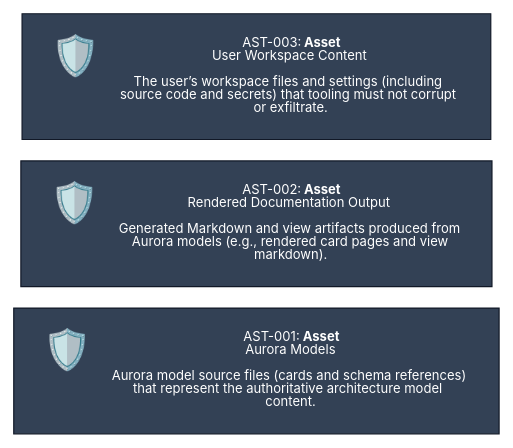
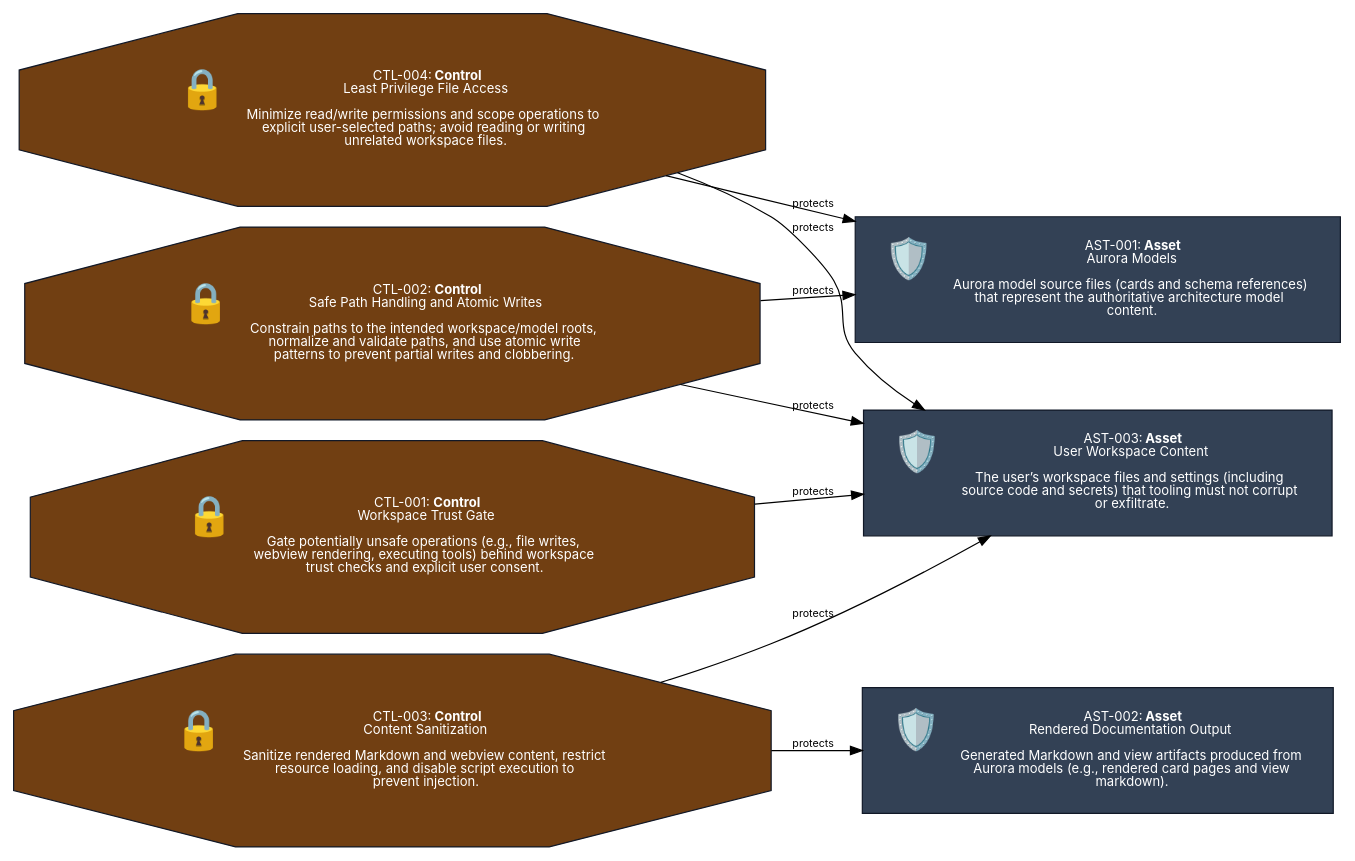
The diagram in docs/design/MIS-001-Provide_Default_Tooling_for_AURORA/Views/source/Lifecycle_State.view.dot (JEleniel/aurora), drawn with Graphviz before and after one commit. The commit also changed 279 other files, not shown here.

```diff
--- a/docs/design/MIS-001-Provide_Default_Tooling_for_AURORA/Views/source/Lifecycle_State.view.dot
+++ b/docs/design/MIS-001-Provide_Default_Tooling_for_AURORA/Views/source/Lifecycle_State.view.dot
@@ -1,8 +1,19 @@
 digraph "Lifecycle/State View for Assets" {
 	graph [bgcolor="#FFFFFF", fontname="Inter", rankdir="LR", splines="spline"];
 	node [color="#111827", fillcolor="#E5E7EB", fontcolor="#111827", fontname="Inter", fontsize="11", shape="box", style="filled"];
 	edge [color="#000000", fontcolor="#000000", fontname="Inter", fontsize="9"];
 	"AST-001" [fillcolor="#334155", fontcolor="#FFFFFF", label=<<TABLE BORDER="0" CELLBORDER="0" CELLSPACING="16" CELLPADDING="0"><TR><TD ALIGN="LEFT" VALIGN="TOP"><FONT POINT-SIZE="33">🛡️</FONT></TD><TD ALIGN="LEFT" VALIGN="TOP"><FONT>AST-001: <B>Asset</B><BR/>Aurora Models<BR/>&#160;<BR/>Aurora model source files (cards and schema references)<BR/>that represent the authoritative architecture model<BR/>content.</FONT></TD></TR></TABLE>>, shape="box"];
 	"AST-002" [fillcolor="#334155", fontcolor="#FFFFFF", label=<<TABLE BORDER="0" CELLBORDER="0" CELLSPACING="16" CELLPADDING="0"><TR><TD ALIGN="LEFT" VALIGN="TOP"><FONT POINT-SIZE="33">🛡️</FONT></TD><TD ALIGN="LEFT" VALIGN="TOP"><FONT>AST-002: <B>Asset</B><BR/>Rendered Documentation Output<BR/>&#160;<BR/>Generated Markdown and view artifacts produced from<BR/>Aurora models (e.g., rendered card pages and view<BR/>markdown).</FONT></TD></TR></TABLE>>, shape="box"];
 	"AST-003" [fillcolor="#334155", fontcolor="#FFFFFF", label=<<TABLE BORDER="0" CELLBORDER="0" CELLSPACING="16" CELLPADDING="0"><TR><TD ALIGN="LEFT" VALIGN="TOP"><FONT POINT-SIZE="33">🛡️</FONT></TD><TD ALIGN="LEFT" VALIGN="TOP"><FONT>AST-003: <B>Asset</B><BR/>User Workspace Content<BR/>&#160;<BR/>The user’s workspace files and settings (including<BR/>source code and secrets) that tooling must not corrupt<BR/>or exfiltrate.</FONT></TD></TR></TABLE>>, shape="box"];
+	"CTL-001" [fillcolor="#713f12", fontcolor="#FFFFFF", label=<<TABLE BORDER="0" CELLBORDER="0" CELLSPACING="16" CELLPADDING="0"><TR><TD ALIGN="LEFT" VALIGN="TOP"><FONT POINT-SIZE="33">🔒</FONT></TD><TD ALIGN="LEFT" VALIGN="TOP"><FONT>CTL-001: <B>Control</B><BR/>Workspace Trust Gate<BR/>&#160;<BR/>Gate potentially unsafe operations (e.g., file writes,<BR/>webview rendering, executing tools) behind workspace<BR/>trust checks and explicit user consent.</FONT></TD></TR></TABLE>>, shape="octagon"];
+	"CTL-002" [fillcolor="#713f12", fontcolor="#FFFFFF", label=<<TABLE BORDER="0" CELLBORDER="0" CELLSPACING="16" CELLPADDING="0"><TR><TD ALIGN="LEFT" VALIGN="TOP"><FONT POINT-SIZE="33">🔒</FONT></TD><TD ALIGN="LEFT" VALIGN="TOP"><FONT>CTL-002: <B>Control</B><BR/>Safe Path Handling and Atomic Writes<BR/>&#160;<BR/>Constrain paths to the intended workspace/model roots,<BR/>normalize and validate paths, and use atomic write<BR/>patterns to prevent partial writes and clobbering.</FONT></TD></TR></TABLE>>, shape="octagon"];
+	"CTL-003" [fillcolor="#713f12", fontcolor="#FFFFFF", label=<<TABLE BORDER="0" CELLBORDER="0" CELLSPACING="16" CELLPADDING="0"><TR><TD ALIGN="LEFT" VALIGN="TOP"><FONT POINT-SIZE="33">🔒</FONT></TD><TD ALIGN="LEFT" VALIGN="TOP"><FONT>CTL-003: <B>Control</B><BR/>Content Sanitization<BR/>&#160;<BR/>Sanitize rendered Markdown and webview content, restrict<BR/>resource loading, and disable script execution to<BR/>prevent injection.</FONT></TD></TR></TABLE>>, shape="octagon"];
+	"CTL-004" [fillcolor="#713f12", fontcolor="#FFFFFF", label=<<TABLE BORDER="0" CELLBORDER="0" CELLSPACING="16" CELLPADDING="0"><TR><TD ALIGN="LEFT" VALIGN="TOP"><FONT POINT-SIZE="33">🔒</FONT></TD><TD ALIGN="LEFT" VALIGN="TOP"><FONT>CTL-004: <B>Control</B><BR/>Least Privilege File Access<BR/>&#160;<BR/>Minimize read/write permissions and scope operations to<BR/>explicit user-selected paths; avoid reading or writing<BR/>unrelated workspace files.</FONT></TD></TR></TABLE>>, shape="octagon"];
+	"CTL-001" -> "AST-003" [label="protects"];
+	"CTL-002" -> "AST-001" [label="protects"];
+	"CTL-002" -> "AST-003" [label="protects"];
+	"CTL-003" -> "AST-002" [label="protects"];
+	"CTL-003" -> "AST-003" [label="protects"];
+	"CTL-004" -> "AST-001" [label="protects"];
+	"CTL-004" -> "AST-003" [label="protects"];
 }
```
